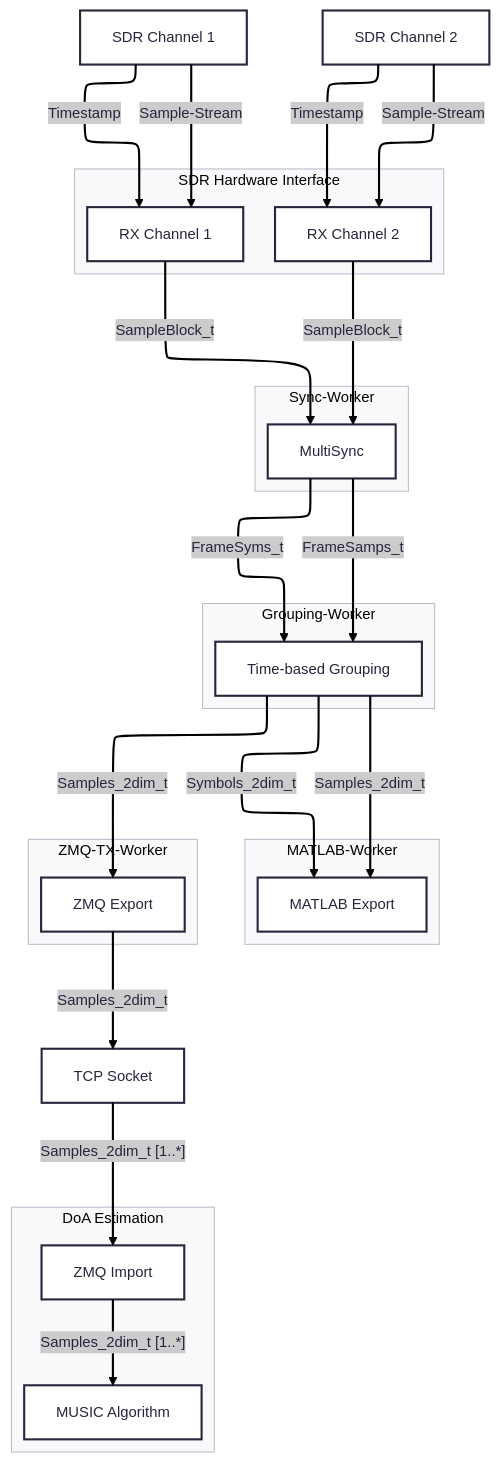
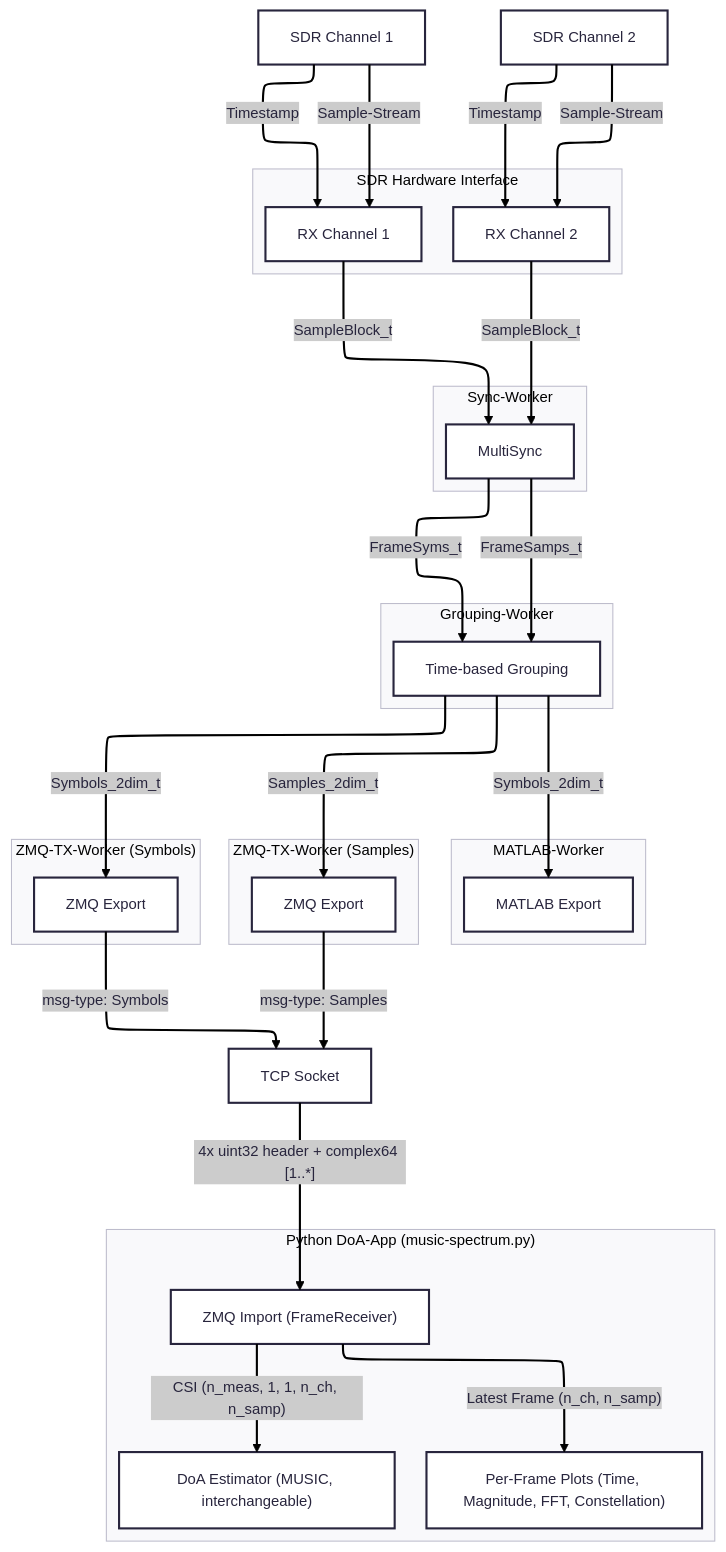
One commit to F-L-X-S/doa4rfc changed the fourth of 4 diagrams in README.md. Above: the diagram before and after it, drawn with Mermaid. The commit also changed other lines of this file, not shown here.

Commit message:
Updated Documentation for zmq import and dataformats

````diff
--- a/README.md
+++ b/README.md
@@ -110,57 +272,64 @@
 ```mermaid
 ---
 config:
   look: classic
   layout: elk
   theme: redux
 ---
 flowchart TD
 Sdr1["SDR Channel 1"]
 Sdr2["SDR Channel 2"]
 subgraph HardwareInterface["SDR Hardware Interface"]
         Rx1["RX Channel 1"]
         Rx2["RX Channel 2"]
 end
 
 subgraph SyncWorker["Sync-Worker"]
     MultiSync["MultiSync"]
 end
 
 subgraph GroupingWorker["Grouping-Worker"]
     Grouping["Time-based Grouping"]
 end
 
 subgraph MatlabWorker["MATLAB-Worker"]
     MatlabExport["MATLAB Export"]
 end
 
-subgraph ZmqTxWorker["ZMQ-TX-Worker"]
-    ZmqExport["ZMQ Export"]
+subgraph ZmqTxSampsWorker["ZMQ-TX-Worker (Samples)"]
+    ZmqExportSamps["ZMQ Export"]
+end
+
+subgraph ZmqTxSymsWorker["ZMQ-TX-Worker (Symbols)"]
+    ZmqExportSyms["ZMQ Export"]
 end
 
 Socket["TCP Socket"]
 
-subgraph DoAAlgorithm["DoA Estimation"]
-    ZmqImport["ZMQ Import"]
-    MusicAlg["MUSIC Algorithm"]
+subgraph DoAAlgorithm["Python DoA-App (music-spectrum.py)"]
+    ZmqImport["ZMQ Import (FrameReceiver)"]
+    MusicAlg["DoA Estimator (MUSIC, interchangeable)"]
+    FramePlots["Per-Frame Plots (Time, Magnitude, FFT, Constellation)"]
 end
 
 Sdr1 -- "Sample-Stream" ---> Rx1
 Sdr2 -- "Sample-Stream" ---> Rx2
 
 Sdr1 -- "Timestamp" ---> Rx1
 Sdr2 -- "Timestamp" ---> Rx2
 
 Rx1 -- "SampleBlock_t" ---> MultiSync
 Rx2 -- "SampleBlock_t" ---> MultiSync
 
 MultiSync -- "FrameSamps_t" ---> Grouping
 MultiSync -- "FrameSyms_t" ---> Grouping
-Grouping -- "Samples_2dim_t" ---> ZmqExport
-Grouping -- "Samples_2dim_t" ---> MatlabExport
+Grouping -- "Samples_2dim_t" ---> ZmqExportSamps
+Grouping -- "Symbols_2dim_t" ---> ZmqExportSyms
 Grouping -- "Symbols_2dim_t" ---> MatlabExport
-ZmqExport -- "Samples_2dim_t" ---> Socket
-Socket -- "Samples_2dim_t [1..*]" ---> ZmqImport
-ZmqImport -- "Samples_2dim_t [1..*]" ---> MusicAlg
+ZmqExportSamps -- "msg-type: Samples" ---> Socket
+ZmqExportSyms -- "msg-type: Symbols" ---> Socket
+Socket -- "4x uint32 header + complex64 [1..*]" ---> ZmqImport
+ZmqImport -- "CSI (n_meas, 1, 1, n_ch, n_samp)" ---> MusicAlg
+ZmqImport -- "Latest Frame (n_ch, n_samp)" ---> FramePlots
 
 ```
````
